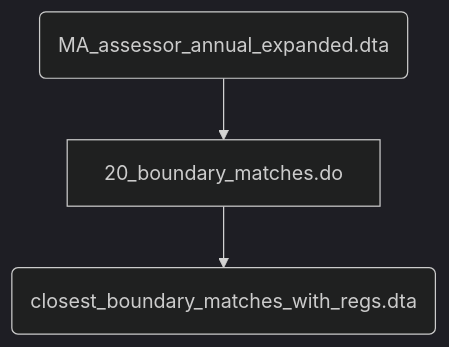
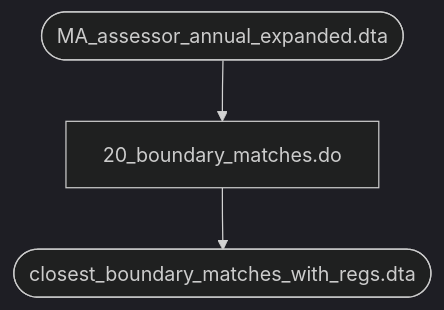
The third of 6 diagrams in code/data_setup/README.md (nchiumenti/boston_zoning), drawn with Mermaid (dark theme) before and after one commit. The commit also changed other lines of this file, not shown here.

````diff
--- a/code/data_setup/README.md
+++ b/code/data_setup/README.md
@@ -86,8 +86,8 @@
 ```mermaid
 flowchart TD
-    d0(MA_assessor_annual_expanded.dta)
-    d1(closest_boundary_matches_with_regs.dta)
+    d0([MA_assessor_annual_expanded.dta])
+    d1([closest_boundary_matches_with_regs.dta])
 f0[20_boundary_matches.do];
 
   d0 --> f0 --> d1
 ```
````
